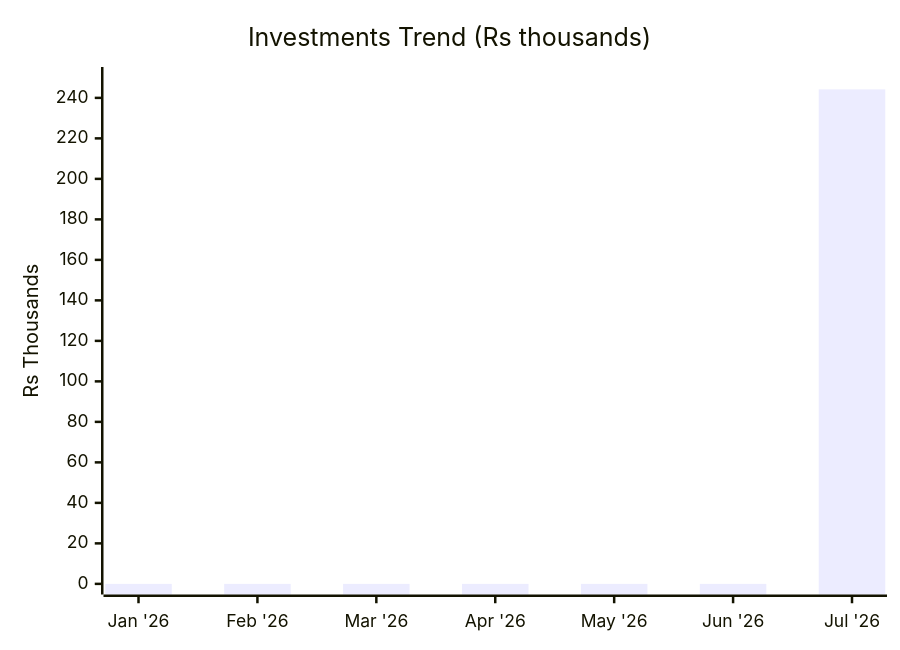
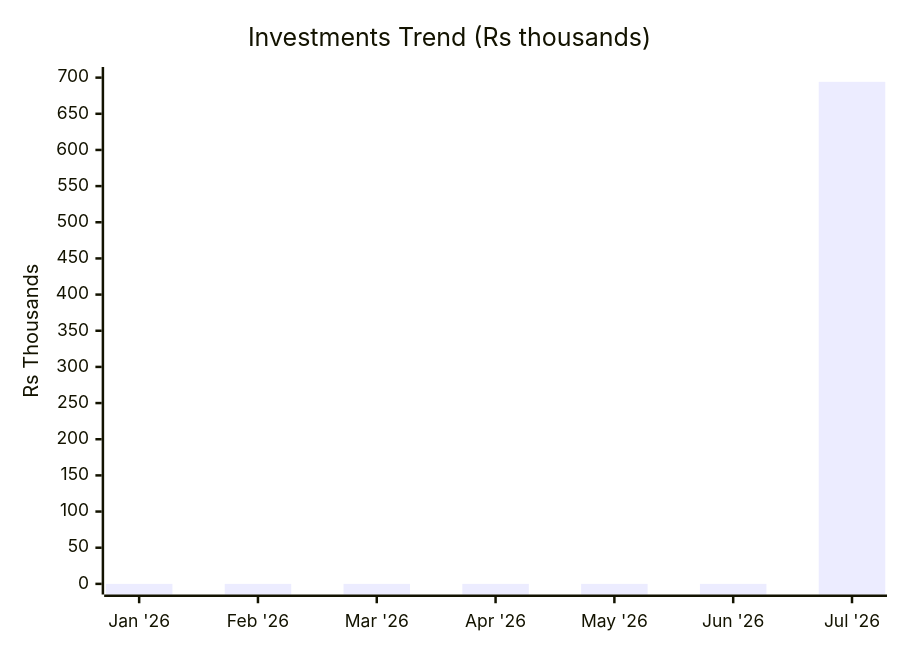
Before and after one commit to sachin-hg/expense-reporter: the third of 3 diagrams in reports/2026-07.md, drawn with Mermaid. The commit also changed other lines of this file and 6 other files, not shown here.

````diff
--- a/reports/2026-07.md
+++ b/reports/2026-07.md
@@ -67,7 +67,7 @@
 ```mermaid
 xychart-beta
     title "Investments Trend (Rs thousands)"
     x-axis ["Jan '26", "Feb '26", "Mar '26", "Apr '26", "May '26", "Jun '26", "Jul '26"]
-    y-axis "Rs Thousands" 0 --> 250
-    bar "Investments" [0.0, 0.0, 0.0, 0.0, 0.0, 0.0, 244.2]
+    y-axis "Rs Thousands" 0 --> 700
+    bar "Investments" [0.0, 0.0, 0.0, 0.0, 0.0, 0.0, 694.2]
 ```
````
